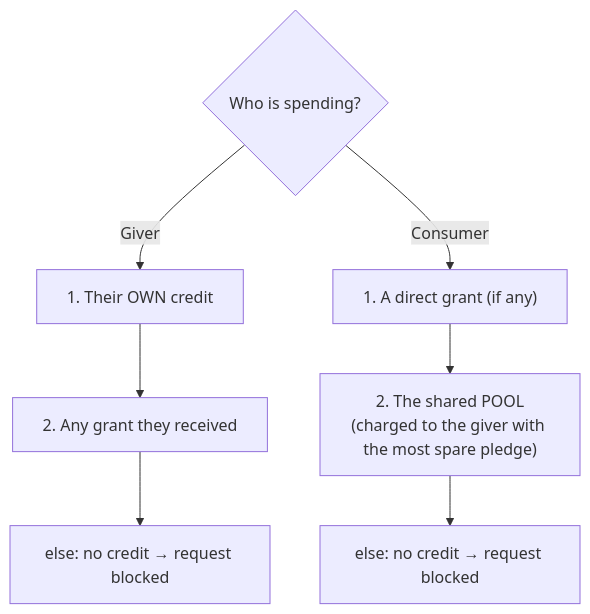
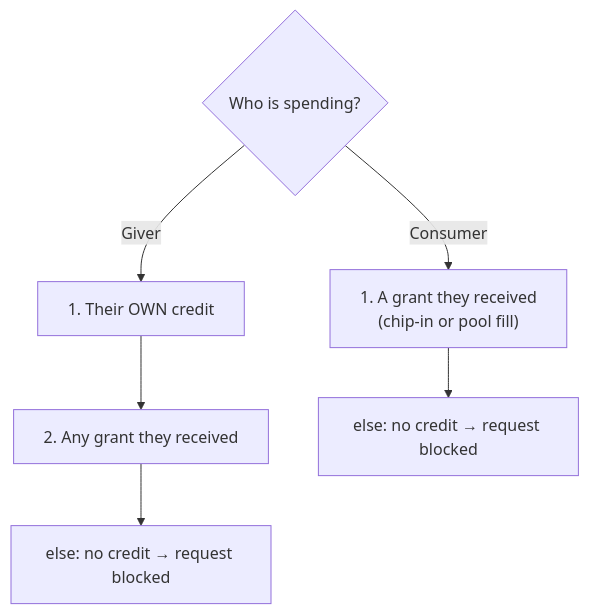
The second of 2 diagrams in docs/guide/04-credits-and-accounting.md (khirooo/CTC), drawn with Mermaid before and after one commit. The commit also changed other lines of this file and 5 other files, not shown here.

````diff
--- a/docs/guide/04-credits-and-accounting.md
+++ b/docs/guide/04-credits-and-accounting.md
@@ -67,10 +78,9 @@
 ```mermaid
 flowchart TB
     Who{"Who is spending?"}
     Who -->|"Giver"| G1["1. Their OWN credit"]
     G1 --> G2["2. Any grant they received"]
-    Who -->|"Consumer"| C1["1. A direct grant (if any)"]
-    C1 --> C2["2. The shared POOL<br/>(charged to the giver with the most spare pledge)"]
+    Who -->|"Consumer"| C1["1. A grant they received<br/>(chip-in or pool fill)"]
     G2 --> None1["else: no credit → request blocked"]
-    C2 --> None2["else: no credit → request blocked"]
+    C1 --> None2["else: no credit → request blocked"]
 ```
````
